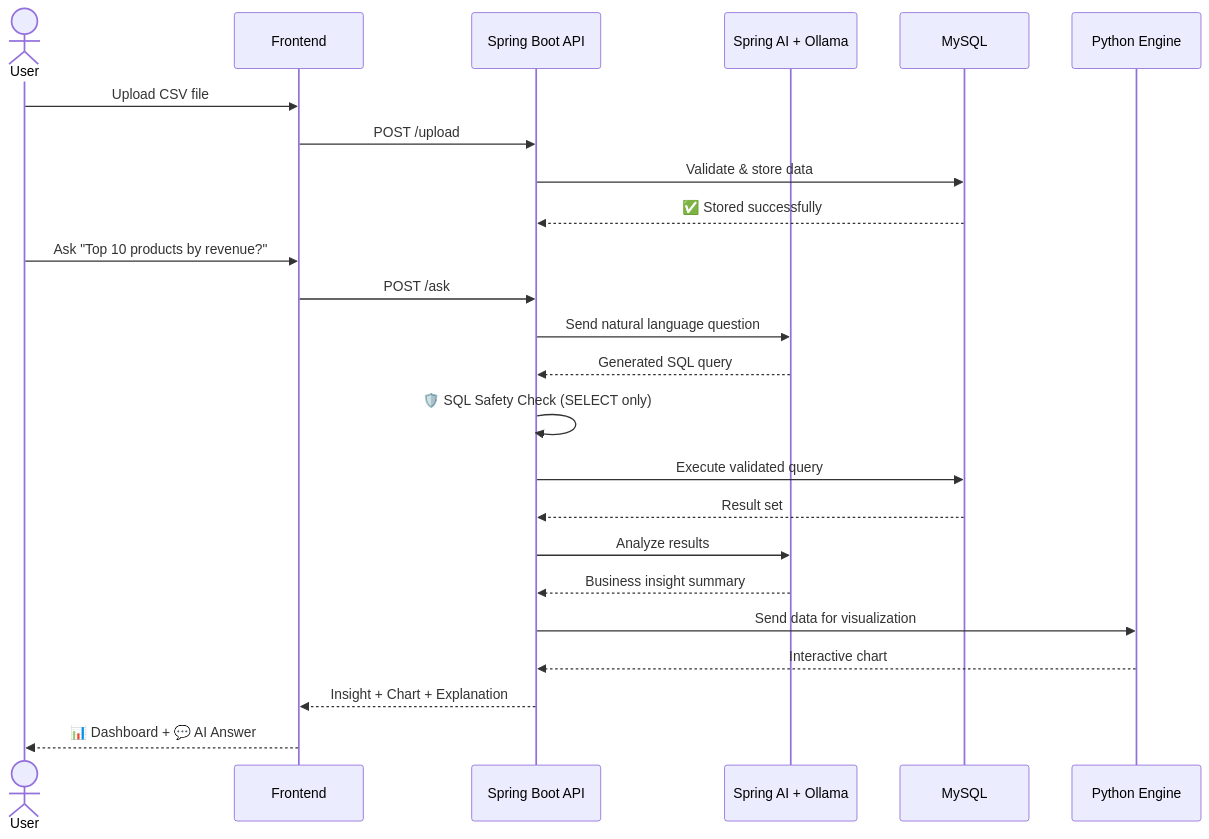
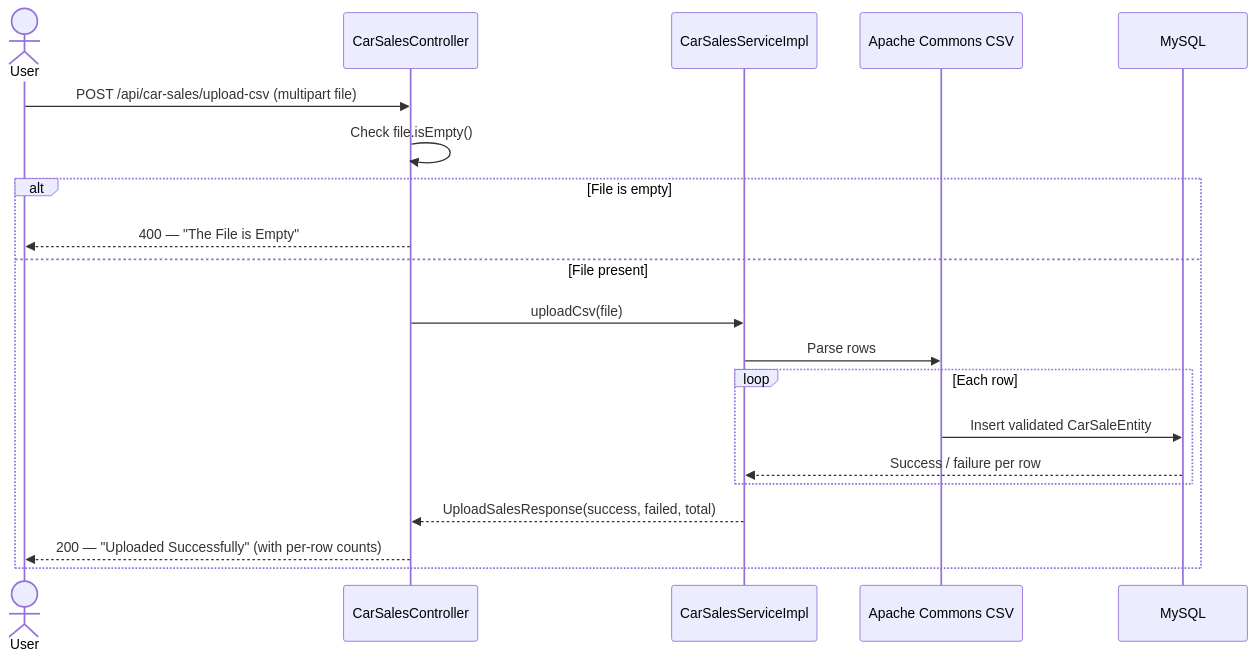
One commit to bikashcode-dev/InsightIq-Application changed the second of 4 diagrams in README.md. Above: the diagram before and after it, drawn with Mermaid. The commit also changed other lines of this file, not shown here.

````diff
--- a/README.md
+++ b/README.md
@@ -193,28 +177,23 @@
 ```mermaid
 sequenceDiagram
     actor User
-    participant UI as Frontend
-    participant API as Spring Boot API
-    participant AI as Spring AI + Ollama
+    participant API as CarSalesController
+    participant SVC as CarSalesServiceImpl
+    participant CSV as Apache Commons CSV
     participant DB as MySQL
-    participant PY as Python Engine
 
-    User->>UI: Upload CSV file
-    UI->>API: POST /upload
-    API->>DB: Validate & store data
-    DB-->>API: ✅ Stored successfully
-
-    User->>UI: Ask "Top 10 products by revenue?"
-    UI->>API: POST /ask
-    API->>AI: Send natural language question
-    AI-->>API: Generated SQL query
-    API->>API: 🛡️ SQL Safety Check (SELECT only)
-    API->>DB: Execute validated query
-    DB-->>API: Result set
-    API->>AI: Analyze results
-    AI-->>API: Business insight summary
-    API->>PY: Send data for visualization
-    PY-->>API: Interactive chart
-    API-->>UI: Insight + Chart + Explanation
-    UI-->>User: 📊 Dashboard + 💬 AI Answer
+    User->>API: POST /api/car-sales/upload-csv (multipart file)
+    API->>API: Check file.isEmpty()
+    alt File is empty
+        API-->>User: 400 — "The File is Empty"
+    else File present
+        API->>SVC: uploadCsv(file)
+        SVC->>CSV: Parse rows
+        loop Each row
+            CSV->>DB: Insert validated CarSaleEntity
+            DB-->>SVC: Success / failure per row
+        end
+        SVC-->>API: UploadSalesResponse(success, failed, total)
+        API-->>User: 200 — "Uploaded Successfully" (with per-row counts)
+    end
 ```
````
